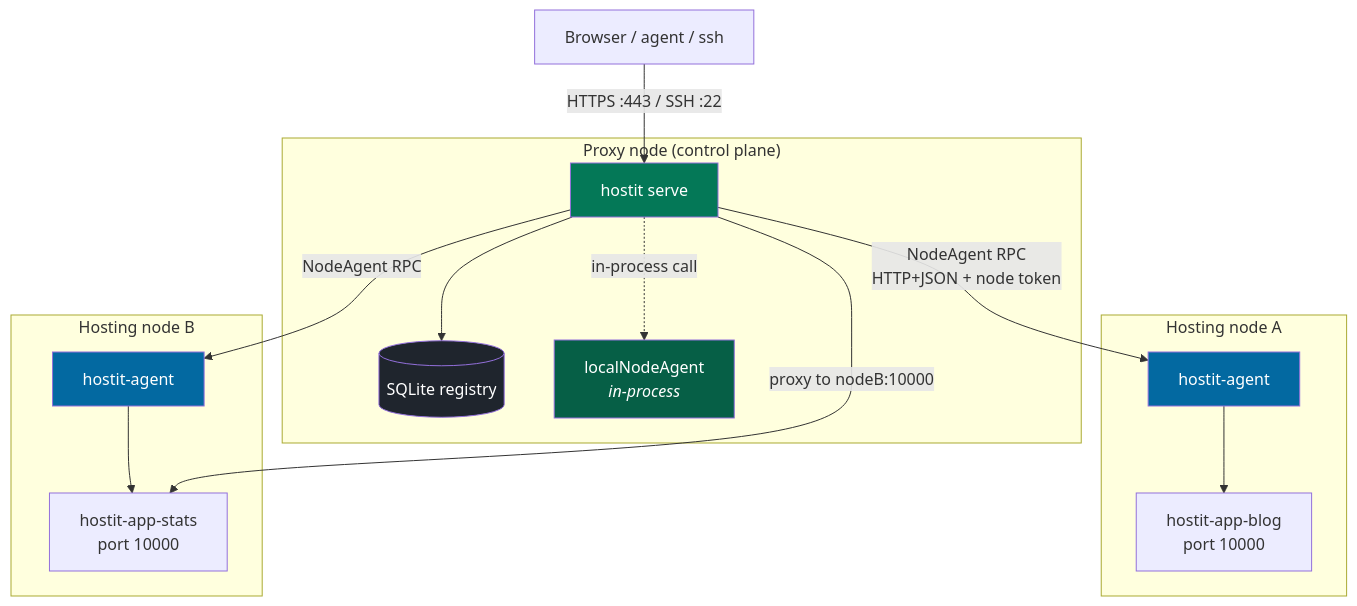
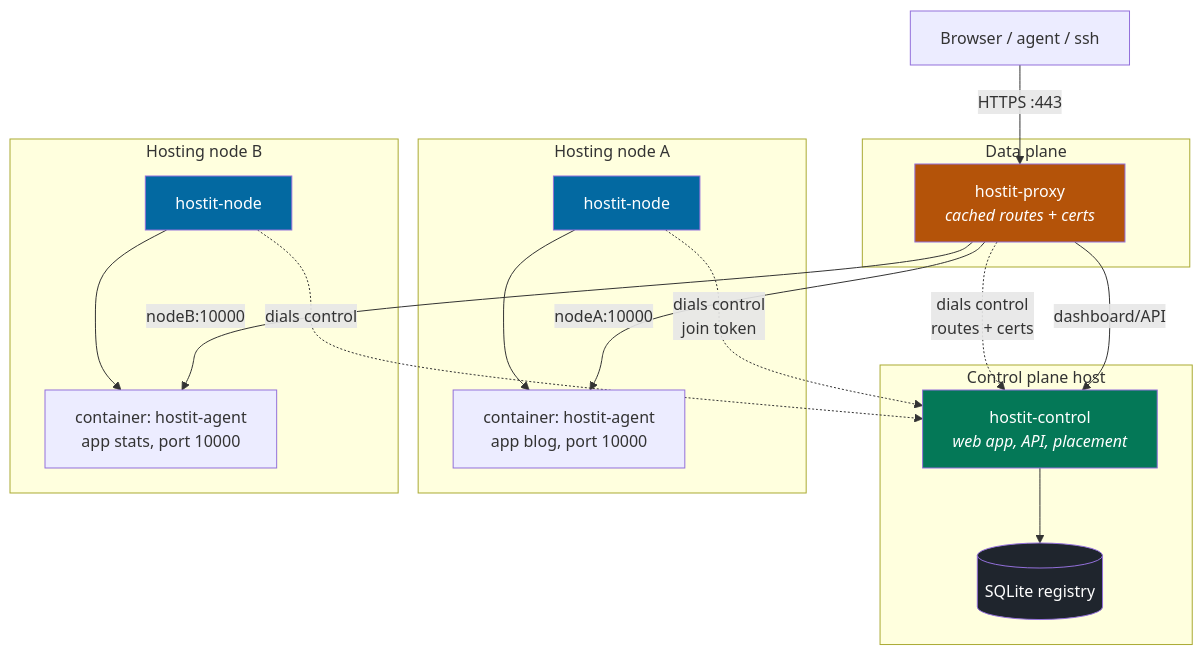
The first of 7 diagrams in docs/slides/presentations/multinode.md (binwiederhier/hostit), drawn with Mermaid before and after one commit. The commit also changed other lines of this file, not shown here.

First line of the commit message:
docs/slides: multi-node deck reflects the four-service split

````diff
--- a/docs/slides/presentations/multinode.md
+++ b/docs/slides/presentations/multinode.md
@@ -135,35 +148,40 @@
-```mermaid {scale: 0.5}
+```mermaid {scale: 0.45}
 flowchart TB
     browser[Browser / agent / ssh]
 
-    subgraph proxy["Proxy node (control plane)"]
-        daemon["hostit serve"]
+    subgraph edge["Data plane"]
+        proxy["hostit-proxy<br/><i>cached routes + certs</i>"]
+    end
+
+    subgraph ctrl["Control plane host"]
+        control["hostit-control<br/><i>web app, API, placement</i>"]
         store[("SQLite registry")]
-        localnode["localNodeAgent<br/><i>in-process</i>"]
     end
 
     subgraph nodeA["Hosting node A"]
-        agentA["hostit-agent"]
-        a1["hostit-app-blog<br/>port 10000"]
+        nodeDA["hostit-node"]
+        a1["container: hostit-agent<br/>app blog, port 10000"]
     end
 
     subgraph nodeB["Hosting node B"]
-        agentB["hostit-agent"]
-        a2["hostit-app-stats<br/>port 10000"]
+        nodeDB["hostit-node"]
+        a2["container: hostit-agent<br/>app stats, port 10000"]
     end
 
-    browser -->|"HTTPS :443 / SSH :22"| daemon
-    daemon --> store
-    daemon -.->|in-process call| localnode
-    daemon -->|"NodeAgent RPC<br/>HTTP+JSON + node token"| agentA
-    daemon -->|"NodeAgent RPC"| agentB
-    daemon -->|"proxy to nodeB:10000"| a2
-    agentA --> a1
-    agentB --> a2
+    browser -->|"HTTPS :443"| proxy
+    proxy -->|"dashboard/API"| control
+    proxy -->|"nodeA:10000"| a1
+    proxy -->|"nodeB:10000"| a2
+    control --> store
+    nodeDA -. "dials control<br/>join token" .-> control
+    nodeDB -. "dials control" .-> control
+    proxy -. "dials control<br/>routes + certs" .-> control
+    nodeDA --> a1
+    nodeDB --> a2
 
-    style daemon fill:#047857,color:#fff
+    style control fill:#047857,color:#fff
     style store fill:#1f252d,color:#fff
-    style localnode fill:#065f46,color:#fff
-    style agentA fill:#0369a1,color:#fff
-    style agentB fill:#0369a1,color:#fff
+    style proxy fill:#b45309,color:#fff
+    style nodeDA fill:#0369a1,color:#fff
+    style nodeDB fill:#0369a1,color:#fff
 ```
````
